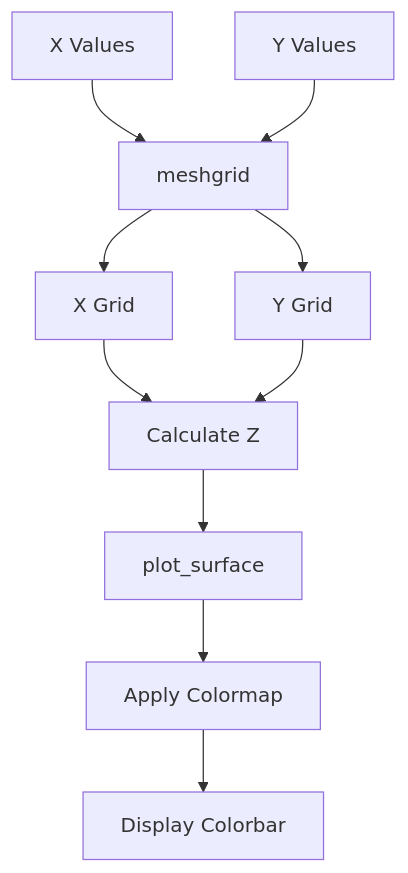
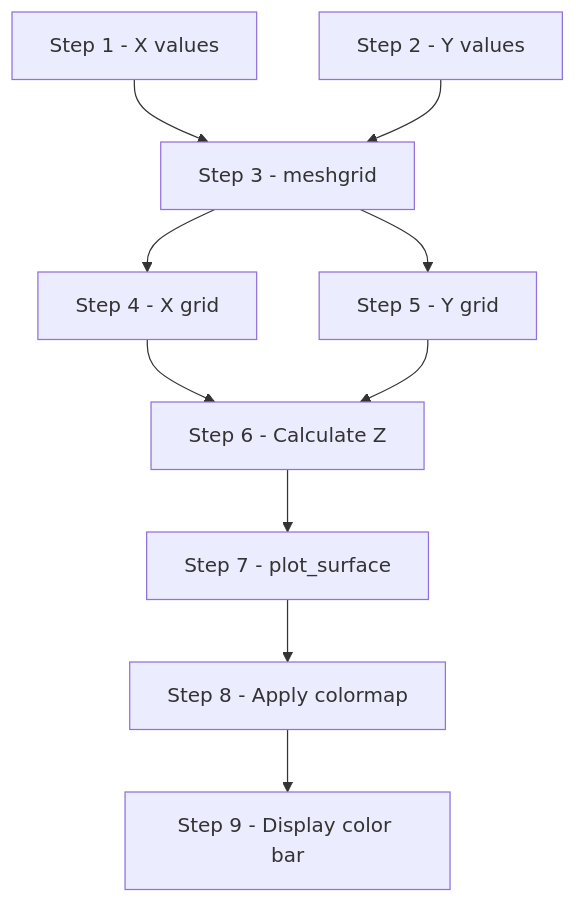
Before and after one commit to ag999git/001-mkdocs: the fifth of 5 diagrams in docs/15-matplotlib/090-ch15-3d-plot.md, drawn with Mermaid. The commit also changed other lines of this file, not shown here.

````diff
--- a/docs/15-matplotlib/090-ch15-3d-plot.md
+++ b/docs/15-matplotlib/090-ch15-3d-plot.md
@@ -1002,21 +1563,12 @@
 ```mermaid
 flowchart TD
-
-A[X Values]
-B[Y Values]
-
-A --> C[meshgrid]
-B --> C
-
-C --> D[X Grid]
-C --> E[Y Grid]
-
-D --> F[Calculate Z]
-E --> F
-
-F --> G[plot_surface]
-
-G --> H[Apply Colormap]
-
-H --> I[Display Colorbar]
+    A[Step 1 - X values] --> C[Step 3 - meshgrid]
+    B[Step 2 - Y values] --> C
+    C --> D[Step 4 - X grid]
+    C --> E[Step 5 - Y grid]
+    D --> F[Step 6 - Calculate Z]
+    E --> F
+    F --> G[Step 7 - plot_surface]
+    G --> H[Step 8 - Apply colormap]
+    H --> I[Step 9 - Display color bar]
 ```
````
